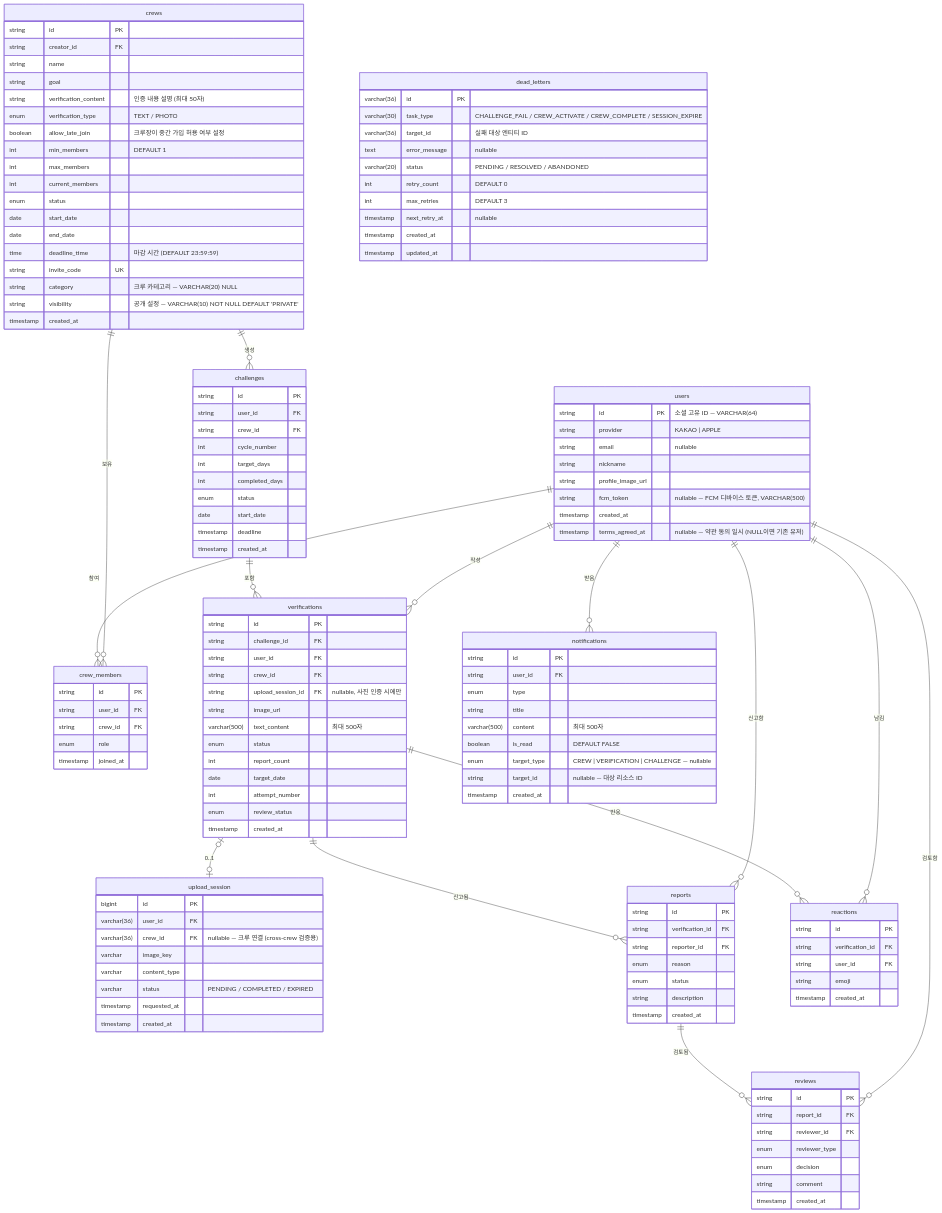
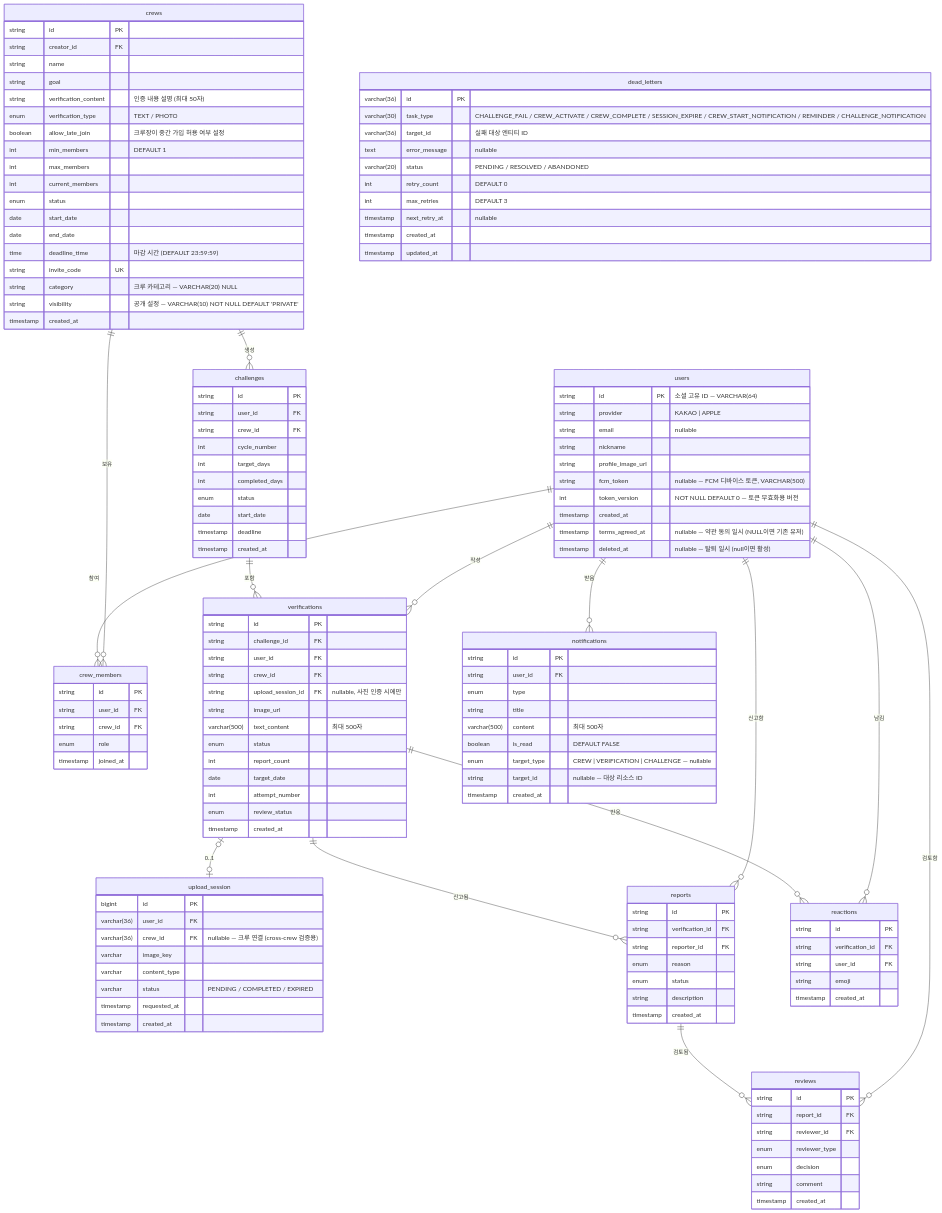
One commit to JianYang98/TriAgain changed the diagram in docs/spec/schema.md. Above: the diagram before and after it, drawn with Mermaid. The commit also changed other lines of this file and 108 other files, not shown here.

```diff
--- a/docs/spec/schema.md
+++ b/docs/spec/schema.md
@@ -32,8 +32,10 @@
         string nickname
         string profile_image_url
         string fcm_token "nullable — FCM 디바이스 토큰, VARCHAR(500)"
+        int token_version "NOT NULL DEFAULT 0 — 토큰 무효화용 버전"
         timestamp created_at
         timestamp terms_agreed_at "nullable — 약관 동의 일시 (NULL이면 기존 유저)"
+        timestamp deleted_at "nullable — 탈퇴 일시 (null이면 활성)"
     }
     
     crews {
@@ -147,7 +149,7 @@
 
     dead_letters {
         varchar(36) id PK
-        varchar(30) task_type "CHALLENGE_FAIL / CREW_ACTIVATE / CREW_COMPLETE / SESSION_EXPIRE"
+        varchar(30) task_type "CHALLENGE_FAIL / CREW_ACTIVATE / CREW_COMPLETE / SESSION_EXPIRE / CREW_START_NOTIFICATION / REMINDER / CHALLENGE_NOTIFICATION"
         varchar(36) target_id "실패 대상 엔티티 ID"
         text error_message "nullable"
         varchar(20) status "PENDING / RESOLVED / ABANDONED"
```
